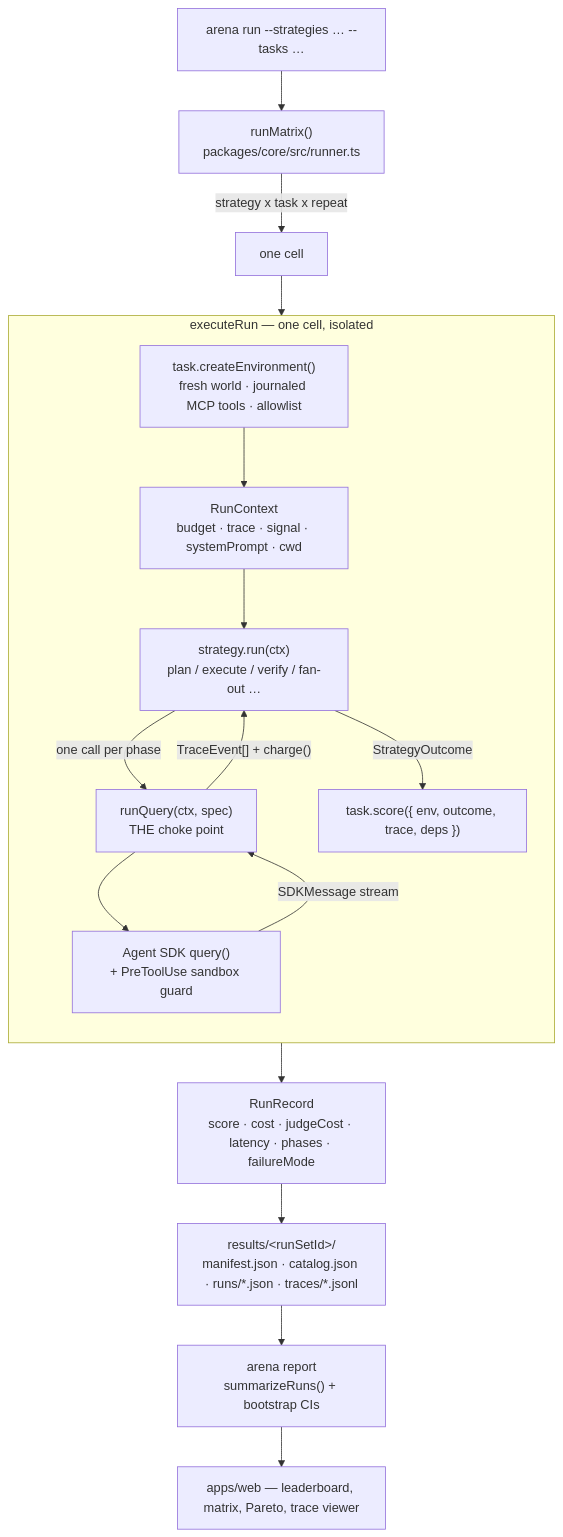
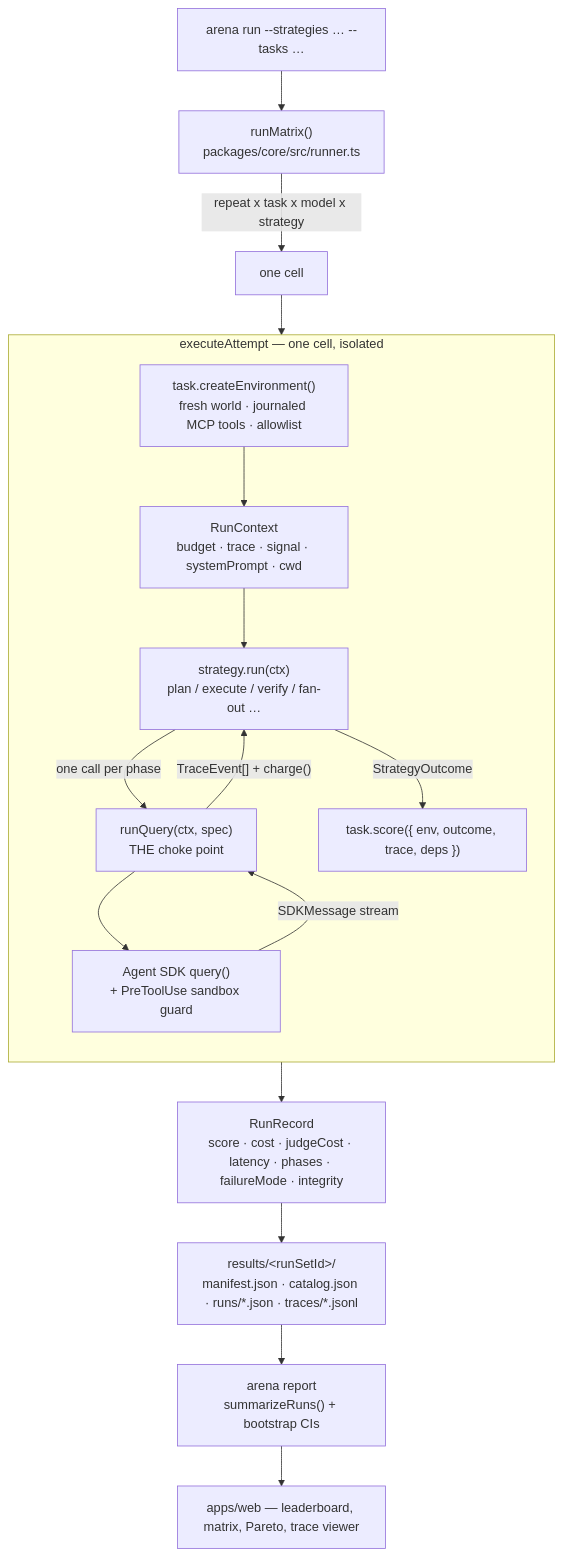
One commit to emiralpayar/scaffoldbench changed the diagram in docs/ARCHITECTURE.md. Above: the diagram before and after it, drawn with Mermaid. The commit also changed other lines of this file, not shown here.

First line of the commit message:
Describe the runner as it now is: models, retries, stops, integrity

````diff
--- a/docs/ARCHITECTURE.md
+++ b/docs/ARCHITECTURE.md
@@ -13,27 +13,27 @@
 ```mermaid
 flowchart TD
     CLI["arena run --strategies … --tasks …"] --> RM["runMatrix()<br/>packages/core/src/runner.ts"]
-    RM -->|"strategy x task x repeat"| CELL["one cell"]
+    RM -->|"repeat x task x model x strategy"| CELL["one cell"]
 
-    subgraph cell ["executeRun — one cell, isolated"]
+    subgraph cell ["executeAttempt — one cell, isolated"]
       direction TB
       ENV["task.createEnvironment()<br/>fresh world · journaled MCP tools · allowlist"]
       CTX["RunContext<br/>budget · trace · signal · systemPrompt · cwd"]
       STRAT["strategy.run(ctx)<br/>plan / execute / verify / fan-out …"]
       RQ["runQuery(ctx, spec)<br/>THE choke point"]
       SDK["Agent SDK query()<br/>+ PreToolUse sandbox guard"]
       SCORE["task.score({ env, outcome, trace, deps })"]
       ENV --> CTX --> STRAT
       STRAT -->|one call per phase| RQ
       RQ --> SDK
       SDK -->|SDKMessage stream| RQ
       RQ -->|"TraceEvent[] + charge()"| STRAT
       STRAT -->|StrategyOutcome| SCORE
     end
 
     CELL --> cell
-    SCORE --> REC["RunRecord<br/>score · cost · judgeCost · latency · phases · failureMode"]
+    SCORE --> REC["RunRecord<br/>score · cost · judgeCost · latency · phases · failureMode · integrity"]
     REC --> DISK["results/&lt;runSetId&gt;/<br/>manifest.json · catalog.json · runs/*.json · traces/*.jsonl"]
     DISK --> REPORT["arena report<br/>summarizeRuns() + bootstrap CIs"]
     REPORT --> SITE["apps/web — leaderboard, matrix, Pareto, trace viewer"]
 ```
````
